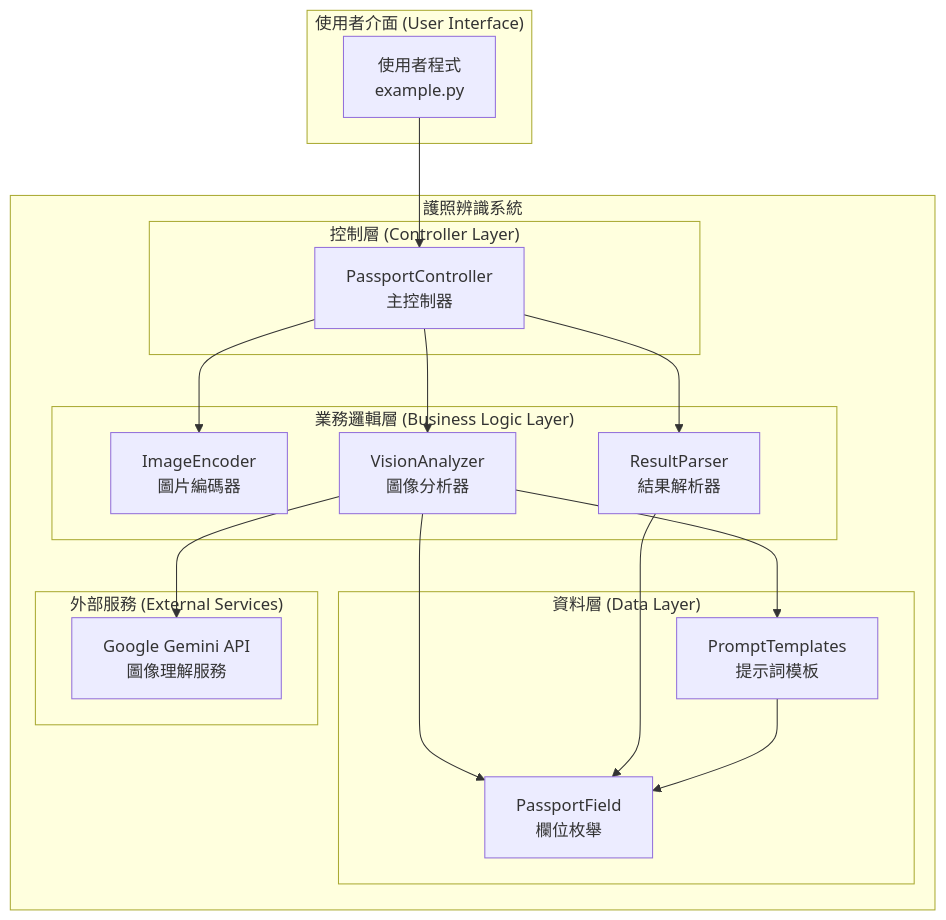
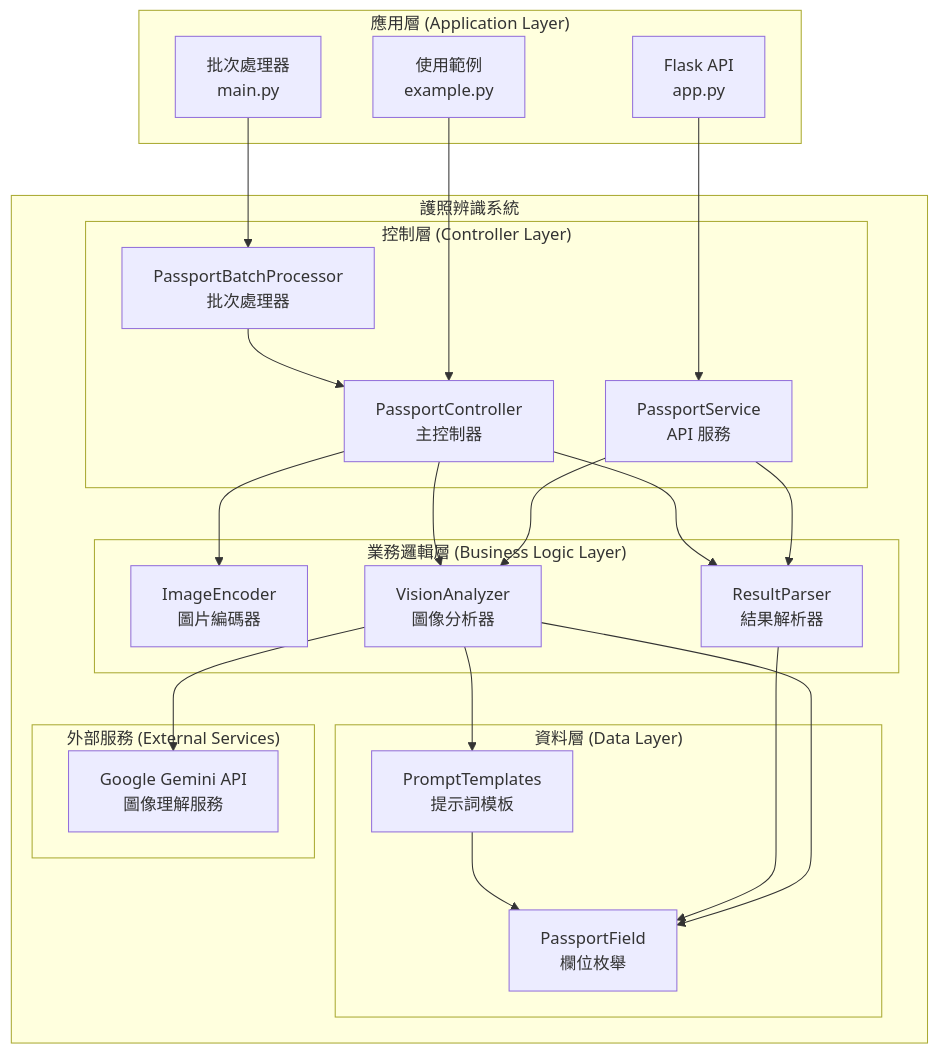
The first of 5 diagrams in 元件圖.md (wu02067602/Passport-image-recognition), drawn with Mermaid before and after one commit. The commit also changed other lines of this file and 3 other files, not shown here.

Commit message:
Refactor: Add PassportService and BatchProcessor, improve error handling

````diff
--- a/元件圖.md
+++ b/元件圖.md
@@ -7,37 +7,47 @@
 ```mermaid
 graph TB
+    subgraph "應用層 (Application Layer)"
+        API[Flask API<br/>app.py]
+        BATCH[批次處理器<br/>main.py]
+        EXAMPLE[使用範例<br/>example.py]
+    end
+    
     subgraph "護照辨識系統"
         subgraph "控制層 (Controller Layer)"
             PC[PassportController<br/>主控制器]
+            PS[PassportService<br/>API 服務]
+            BP[PassportBatchProcessor<br/>批次處理器]
         end
         
         subgraph "業務邏輯層 (Business Logic Layer)"
             IE[ImageEncoder<br/>圖片編碼器]
             VA[VisionAnalyzer<br/>圖像分析器]
             RP[ResultParser<br/>結果解析器]
         end
         
         subgraph "資料層 (Data Layer)"
             PT[PromptTemplates<br/>提示詞模板]
             PF[PassportField<br/>欄位枚舉]
         end
         
         subgraph "外部服務 (External Services)"
             GAPI[Google Gemini API<br/>圖像理解服務]
         end
     end
     
-    subgraph "使用者介面 (User Interface)"
-        USER[使用者程式<br/>example.py]
-    end
+    API --> PS
+    BATCH --> BP
+    EXAMPLE --> PC
     
-    USER --> PC
+    PS --> VA
+    PS --> RP
+    BP --> PC
     PC --> IE
     PC --> VA
     PC --> RP
     VA --> PT
     VA --> GAPI
     VA --> PF
     RP --> PF
     PT --> PF
 ```
````
